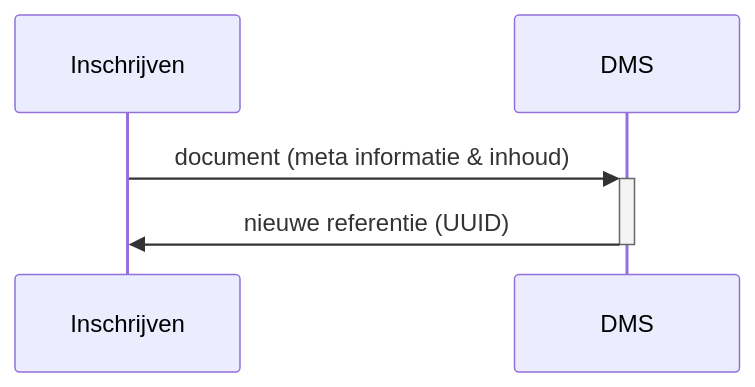
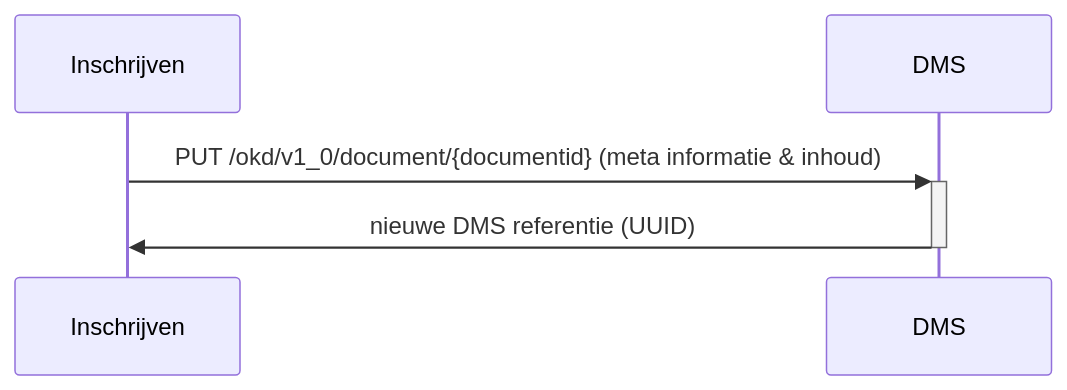
The first of 3 diagrams in doc/flow-1.md (Onderwijs-Koppelingen-OKx/OKD-Document-Management), drawn with Mermaid before and after one commit. The commit also changed other lines of this file, not shown here.

````diff
--- a/doc/flow-1.md
+++ b/doc/flow-1.md
@@ -8,9 +7,9 @@
 ```mermaid
 sequenceDiagram
     Participant Inschrijven
     Participant DMS
 
-    Inschrijven->>+DMS: document (meta informatie & inhoud)
-    DMS->>-Inschrijven: nieuwe referentie (UUID)
+    Inschrijven->>+DMS: PUT /okd/v1_0/document/{documentid} (meta informatie & inhoud)
+    DMS->>-Inschrijven: nieuwe DMS referentie (UUID)
 
 ```
````
